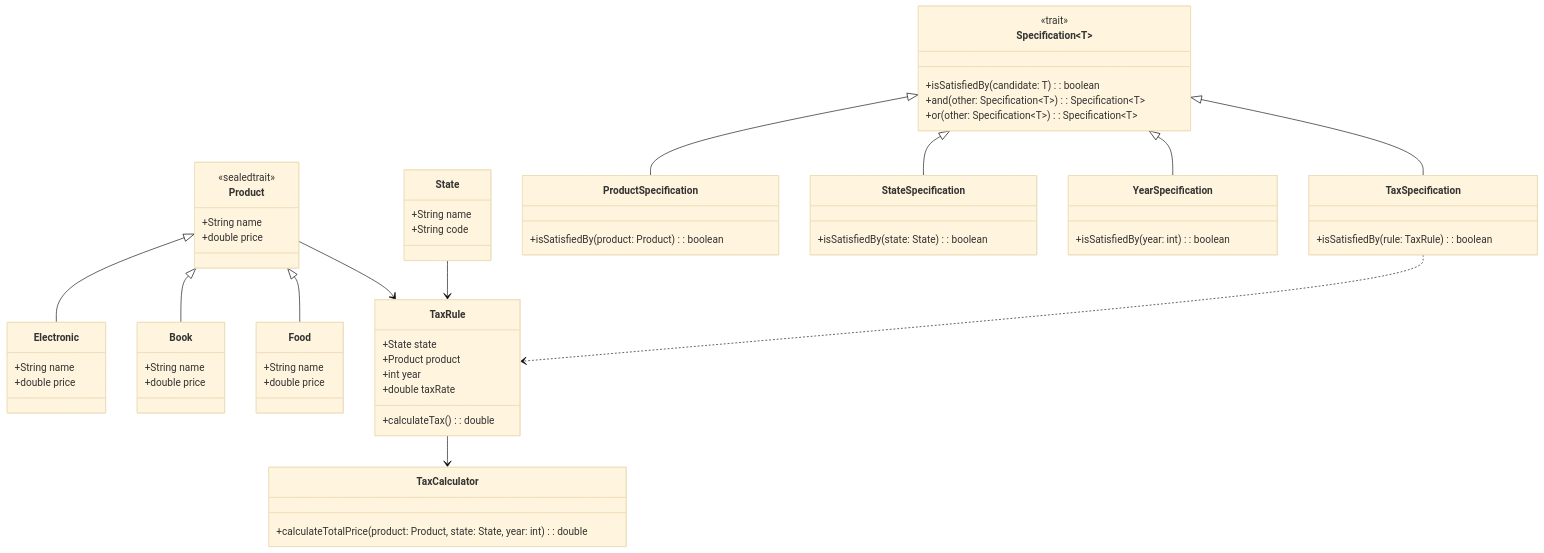
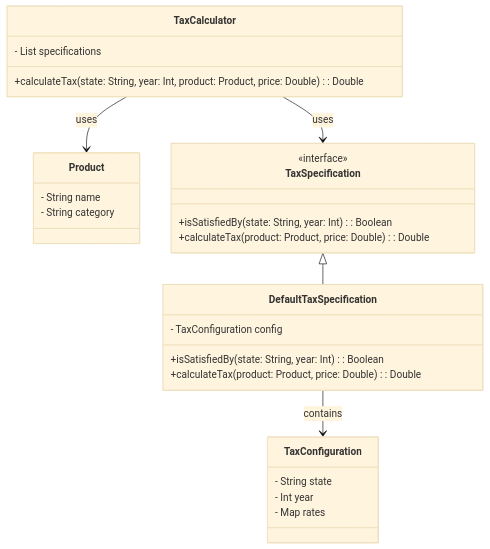
The diagram in scala-3.6/tax-system/README.md (rbleggi/tech-pocs), drawn with Mermaid (base theme) before and after one commit. The commit also changed other lines of this file and 19 other files, not shown here.

````diff
--- a/scala-3.6/tax-system/README.md
+++ b/scala-3.6/tax-system/README.md
@@ -21,77 +27,37 @@
 ```mermaid
 classDiagram
+   direction TB
+
    class Product {
-      <<sealedtrait>>
-      +String name
-      +double price
+      - String name
+      - String category
    }
 
-   class Electronic {
-      +String name
-      +double price
-   }
-
-   class Book {
-      +String name
-      +double price
-   }
-
-   class Food {
-      +String name
-      +double price
-   }
-
-   class State {
-      +String name
-      +String code
-   }
-
-   class TaxRule {
-      +State state
-      +Product product
-      +int year
-      +double taxRate
-      +calculateTax(): double
-   }
-
-   class Specification~T~ {
-      <<trait>>
-      +isSatisfiedBy(candidate: T): boolean
-      +and(other: Specification~T~): Specification~T~
-      +or(other: Specification~T~): Specification~T~
-   }
-
-   class ProductSpecification {
-      +isSatisfiedBy(product: Product): boolean
-   }
-
-   class StateSpecification {
-      +isSatisfiedBy(state: State): boolean
-   }
-
-   class YearSpecification {
-      +isSatisfiedBy(year: int): boolean
+   class TaxConfiguration {
+      - String state
+      - Int year
+      - Map<String, Double> rates
    }
 
    class TaxSpecification {
-      +isSatisfiedBy(rule: TaxRule): boolean
+      <<interface>>
+      +isSatisfiedBy(state: String, year: Int): Boolean
+      +calculateTax(product: Product, price: Double): Double
+   }
+
+   class DefaultTaxSpecification {
+      - TaxConfiguration config
+      +isSatisfiedBy(state: String, year: Int): Boolean
+      +calculateTax(product: Product, price: Double): Double
    }
 
    class TaxCalculator {
-      +calculateTotalPrice(product: Product, state: State, year: int): double
+      - List<TaxSpecification> specifications
+      +calculateTax(state: String, year: Int, product: Product, price: Double): Double
    }
 
-   Specification~T~ <|-- ProductSpecification
-   Specification~T~ <|-- StateSpecification
-   Specification~T~ <|-- YearSpecification
-   Specification~T~ <|-- TaxSpecification
-
-   Product <|-- Electronic
-   Product <|-- Book
-   Product <|-- Food
-   Product --> TaxRule
-   State --> TaxRule
-   TaxRule --> TaxCalculator
-   TaxSpecification ..> TaxRule
-
+   TaxSpecification <|-- DefaultTaxSpecification
+   TaxCalculator --> TaxSpecification : uses
+   TaxCalculator --> Product : uses
+   DefaultTaxSpecification --> TaxConfiguration : contains
 ```
````
